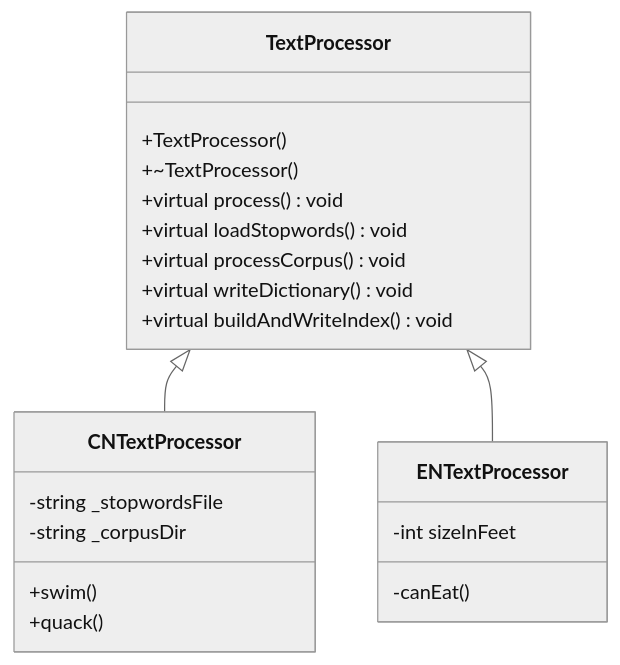
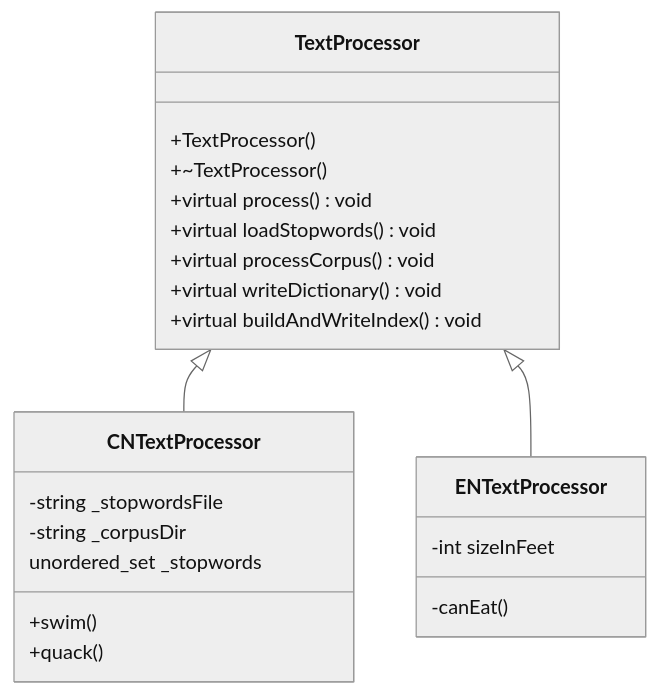
Before and after one commit to Jason-DancingBoy/iodraw-files: the diagram in all/未命名-1.md, drawn with Mermaid (neutral theme).

Commit message:
2026-01-02 21:06:22 update

````diff
--- a/all/未命名-1.md
+++ b/all/未命名-1.md
@@ -1,26 +1,27 @@
 ```mermaid
 classDiagram
     TextProcessor <|-- CNTextProcessor
     TextProcessor <|-- ENTextProcessor
     TextProcessor: +TextProcessor()
     TextProcessor: +~TextProcessor()
     TextProcessor: +virtual process() void
     TextProcessor: +virtual loadStopwords() void 
     TextProcessor: +virtual processCorpus() void
     TextProcessor: +virtual writeDictionary() void
     TextProcessor: +virtual buildAndWriteIndex() void
     class CNTextProcessor{
       -string _stopwordsFile
       -string _corpusDir
+      unordered_set<string> _stopwords
       +swim()
       +quack()
     }
     class ENTextProcessor{
       -int sizeInFeet
       -canEat()
     }
     %%  string _stopwordsFile; // 存放停用词文件名
     %%  string _corpusDir; // 存放语料库目录
     %%  unordered_set<string> _stopwords; // 用来存放停用词
     %%  map<string, int> _wordFreq;
 ```
````
